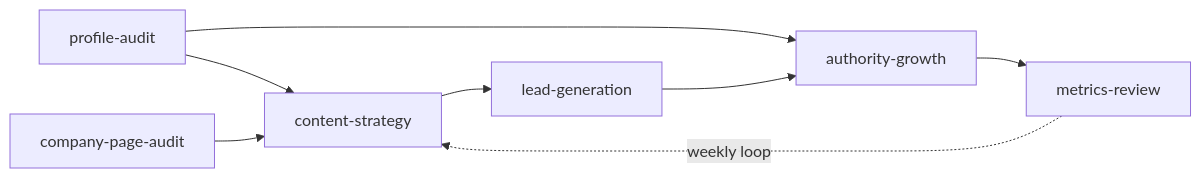
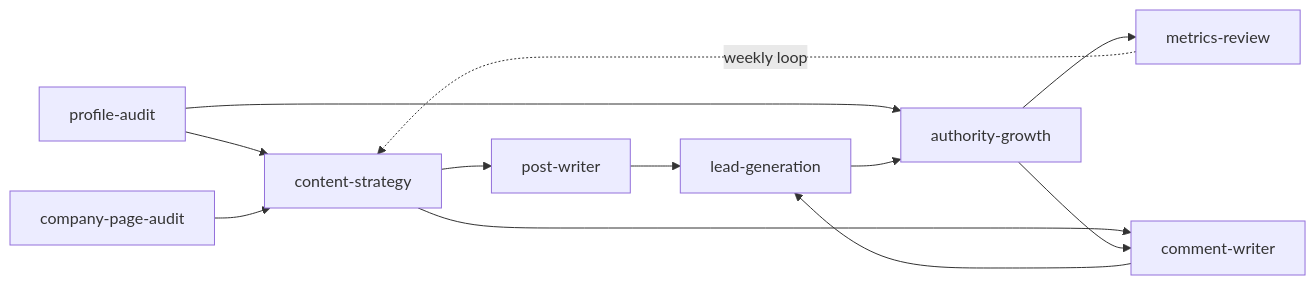
Before and after one commit to 9heaven/linkedin-growth-skills: the diagram in README.md, drawn with Mermaid. The commit also changed other lines of this file and 65 other files, not shown here.

First line of the commit message:
feat: v1.3.0 add post writer, comment writer, and a shared context file

````diff
--- a/README.md
+++ b/README.md
@@ -185,10 +194,14 @@
 ```mermaid
 flowchart LR
   P[profile-audit] --> C[content-strategy]
-  C --> L[lead-generation]
+  C --> W[post-writer]
+  C --> K[comment-writer]
+  W --> L[lead-generation]
+  K --> L
   P --> A[authority-growth]
   L --> A
   A --> M[metrics-review]
   M -. weekly loop .-> C
+  A --> K
   CP[company-page-audit] --> C
 ```
````
